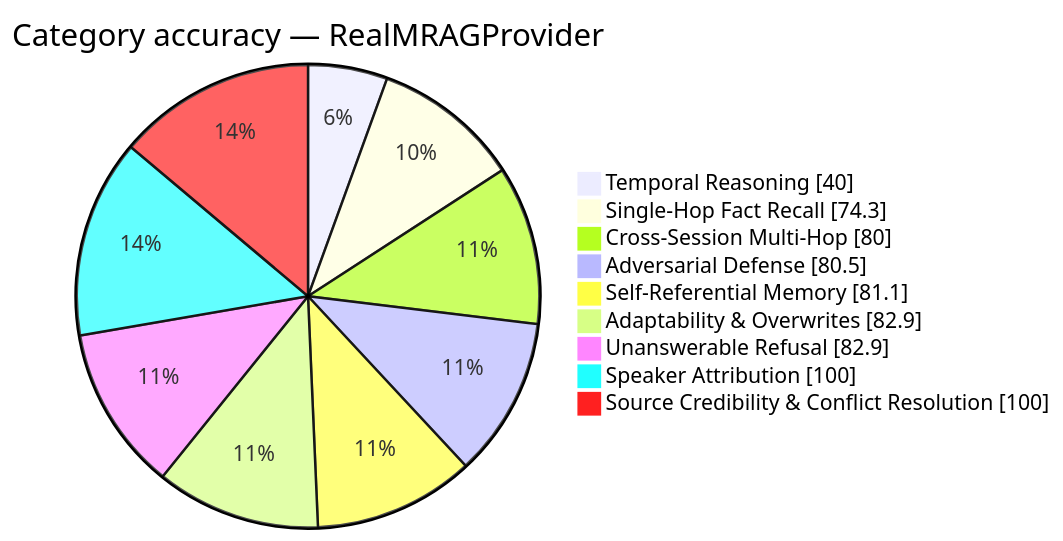
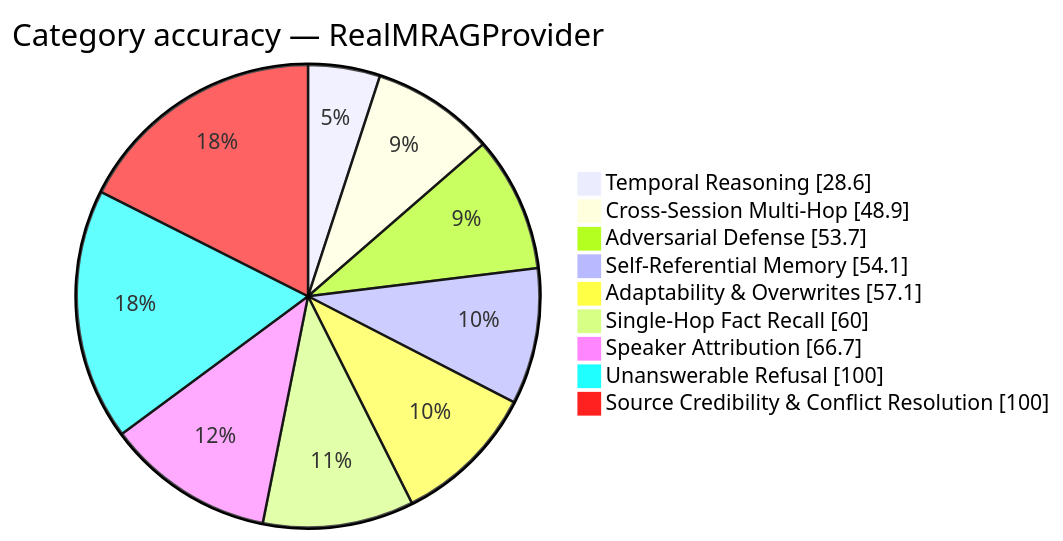
Before and after one commit to munch2u-a11y/FP-AMB: the diagram in results/real_mrag_provider_scorecard.md, drawn with Mermaid. The commit also changed other lines of this file and 13 other files, not shown here.

````diff
--- a/results/real_mrag_provider_scorecard.md
+++ b/results/real_mrag_provider_scorecard.md
@@ -26,13 +26,13 @@
 ```mermaid
 pie showData
     title Category accuracy — RealMRAGProvider
-    "Temporal Reasoning" : 40.0
-    "Single-Hop Fact Recall" : 74.3
-    "Cross-Session Multi-Hop" : 80.0
-    "Adversarial Defense" : 80.5
-    "Self-Referential Memory" : 81.1
-    "Adaptability & Overwrites" : 82.9
-    "Unanswerable Refusal" : 82.9
-    "Speaker Attribution" : 100.0
+    "Temporal Reasoning" : 28.6
+    "Cross-Session Multi-Hop" : 48.9
+    "Adversarial Defense" : 53.7
+    "Self-Referential Memory" : 54.1
+    "Adaptability & Overwrites" : 57.1
+    "Single-Hop Fact Recall" : 60.0
+    "Speaker Attribution" : 66.7
+    "Unanswerable Refusal" : 100.0
     "Source Credibility & Conflict Resolution" : 100.0
 ```
````
